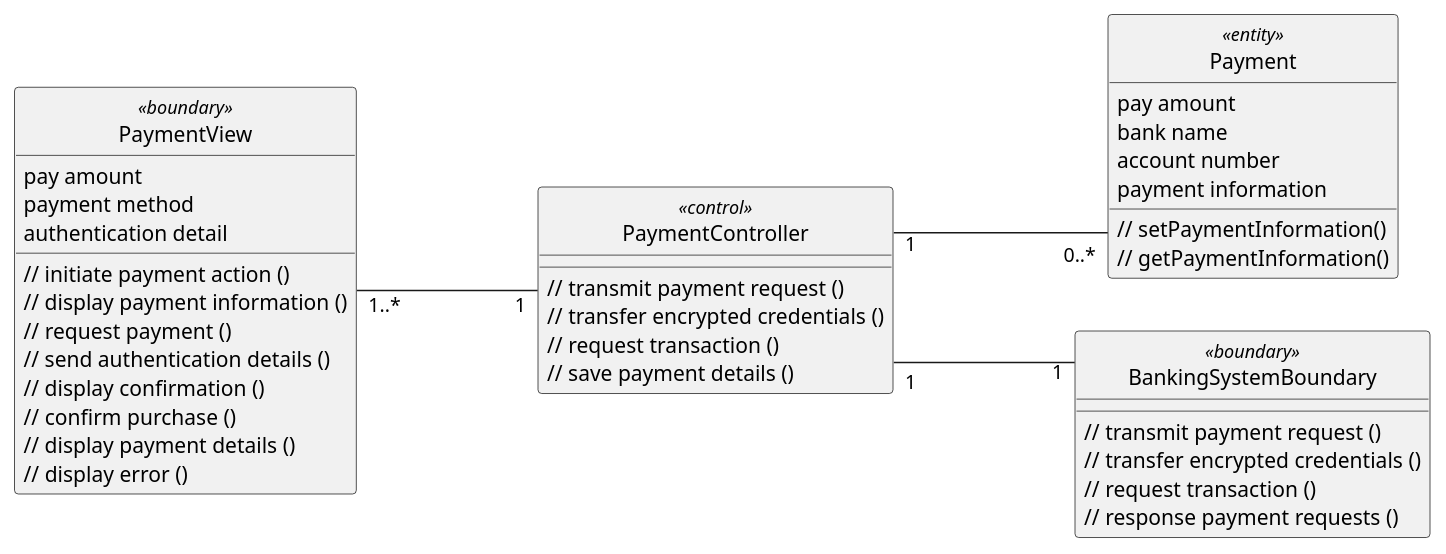
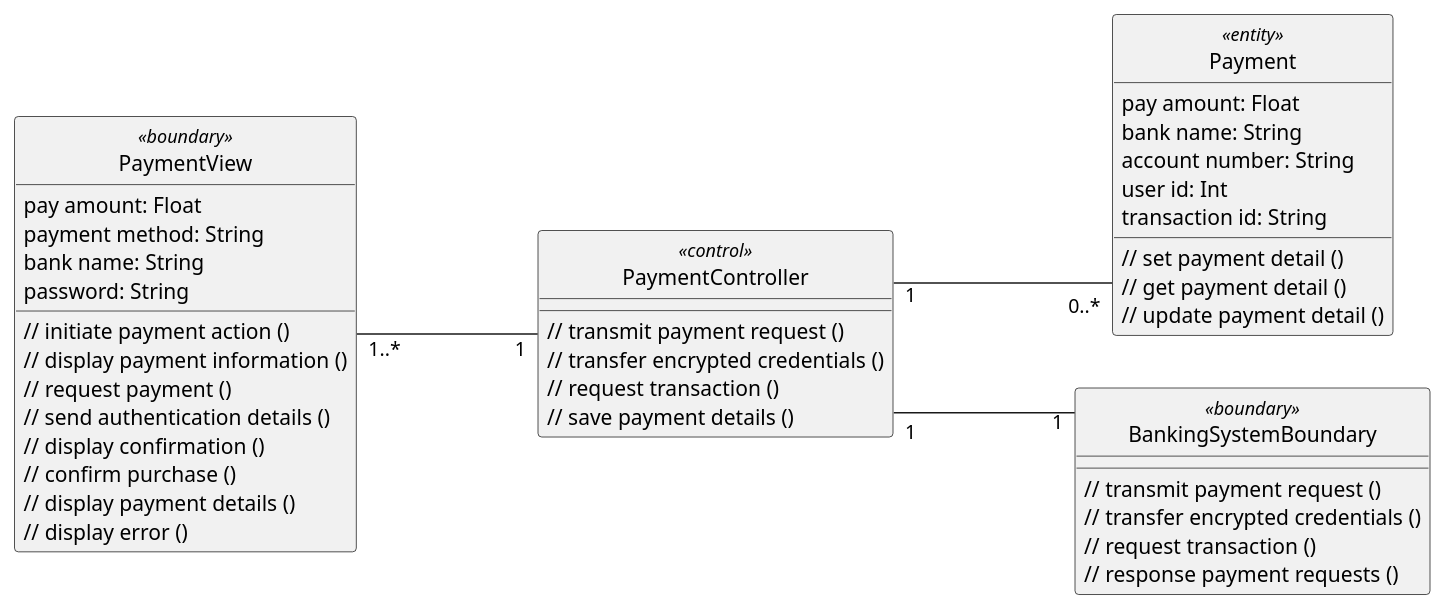
One commit to anhbanlinhle/velocity-exchange changed the diagram in uml/analysis/class/make_payment.puml. Above: the diagram before and after it, drawn with PlantUML. The commit also changed 5 other files, not shown here.

```diff
--- a/uml/analysis/class/make_payment.puml
+++ b/uml/analysis/class/make_payment.puml
@@ -1,55 +1,58 @@
 @startuml 
 skinparam classAttributeIconSize 0
 skinparam linetype ortho
 left to right direction
 hide circle
 class PaymentView <<boundary>> {
-    pay amount
-    payment method
-    authentication detail
+    pay amount: Float
+    payment method: String
+    bank name: String
+    password: String
 
     // initiate payment action ()
     // display payment information ()
     // request payment ()
     // send authentication details ()
     // display confirmation ()
     // confirm purchase ()
     // display payment details ()
     // display error ()
 
     }
 
 class PaymentController <<control>> {
     // transmit payment request ()
     // transfer encrypted credentials ()
     // request transaction ()
     // save payment details ()
 
     }
 
 class Payment <<entity>> {
-    pay amount
-    bank name
-    account number
-    payment information
+    pay amount: Float
+    bank name: String
+    account number: String
+    user id: Int
+    transaction id: String
 
-    // setPaymentInformation()
-    // getPaymentInformation()
+    // set payment detail ()
+    // get payment detail ()
+    // update payment detail ()
 
     }
 
 class BankingSystemBoundary <<boundary>> {
     // transmit payment request ()
     // transfer encrypted credentials ()
     // request transaction ()
     // response payment requests ()
 
     }
 
 PaymentView "1..*" --- "1" PaymentController
 
 PaymentController "1" --- "0..*" Payment
 
 PaymentController "1" --- "1" BankingSystemBoundary
 
 @enduml
```
